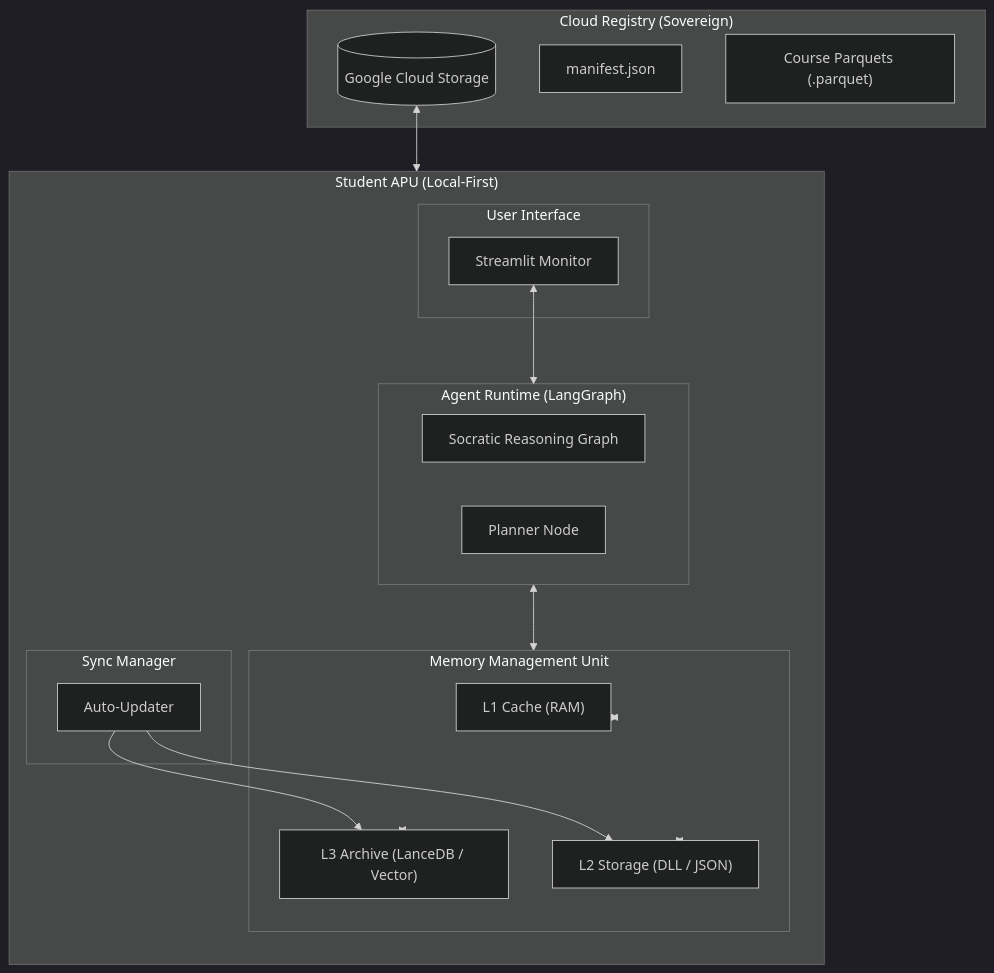
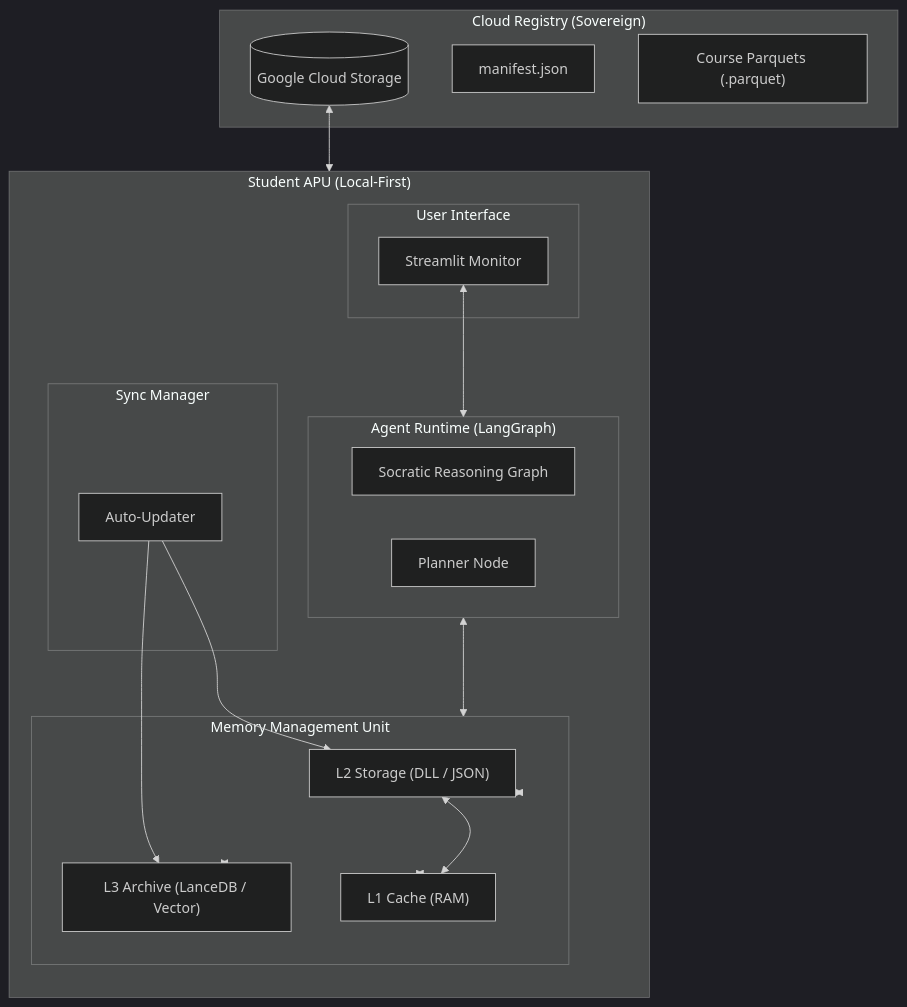
The diagram in README.md (EZFRICA/alu-education-agent), drawn with Mermaid (dark theme) before and after one commit. The commit also changed 2 other files, not shown here.

Commit message:
docs: add L1 to L2 connection to memory hierarchy diagram in README

````diff
--- a/README.md
+++ b/README.md
@@ -9,42 +9,43 @@
 ```mermaid
 graph TD
     subgraph CLOUD ["Cloud Registry (Sovereign)"]
         GCS[("Google Cloud Storage")]
         Manifest["manifest.json"]
         Parquets["Course Parquets (.parquet)"]
     end
 
     subgraph CLIENT ["Student APU (Local-First)"]
         direction TB
         
         subgraph UI ["User Interface"]
             Dashboard["Streamlit Monitor"]
         end
 
         subgraph OS ["Agent Runtime (LangGraph)"]
             Graph["Socratic Reasoning Graph"]
             Planner["Planner Node"]
         end
 
         subgraph MMU ["Memory Management Unit"]
             L1["L1 Cache (RAM)"]
             L2["L2 Storage (DLL / JSON)"]
             L3["L3 Archive (LanceDB / Vector)"]
         end
 
         subgraph SYNC ["Sync Manager"]
             Sync["Auto-Updater"]
         end
     end
 
     %% Connections
     GCS <--> Sync
     Sync --> L3
     Sync --> L2
     
     Dashboard <--> OS
     OS <--> MMU
     MMU <--> L1
     MMU <--> L2
     MMU <--> L3
+    L1 <--> L2
 ```
````
